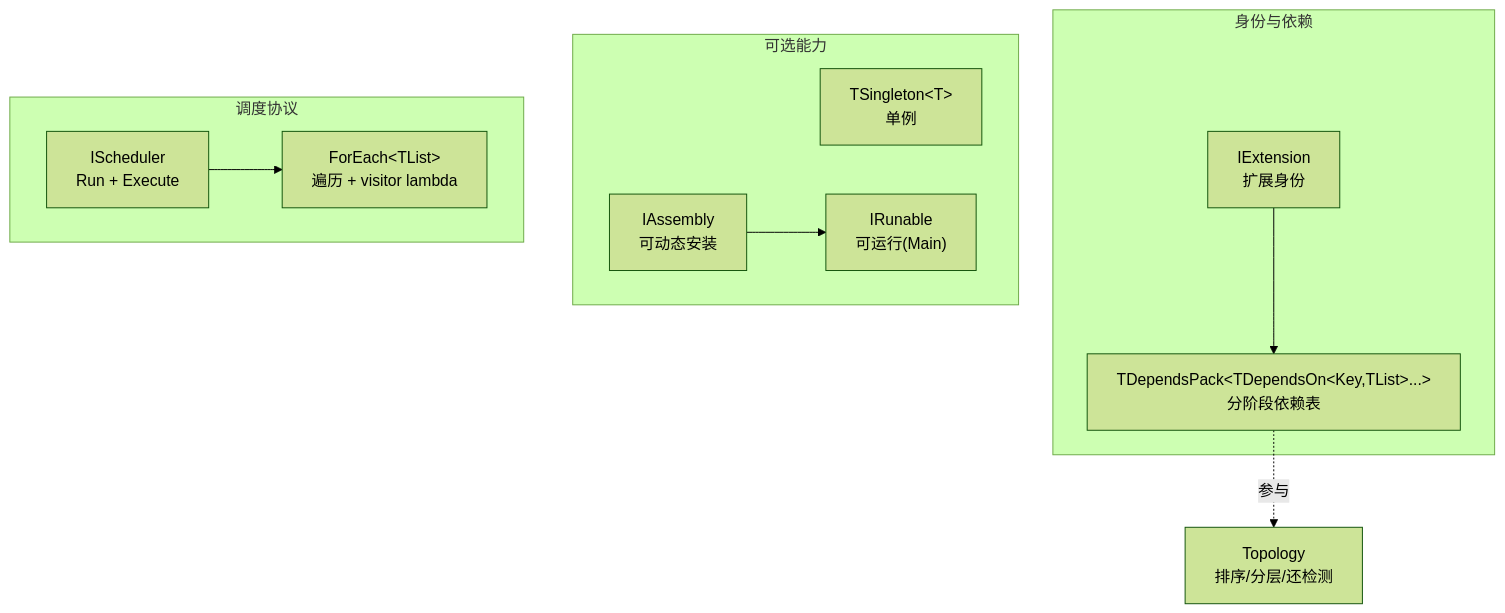
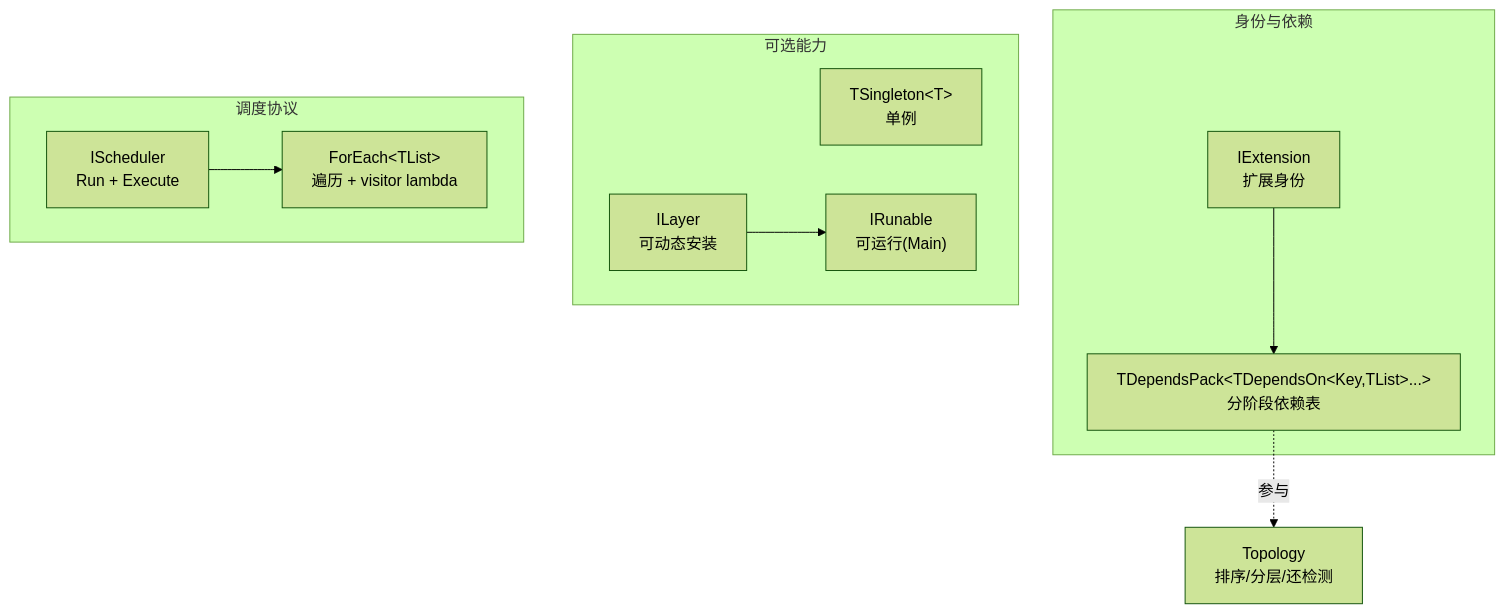
Before and after one commit to InputWindy/Hiyajo: the diagram in Source/Public/Core/CoreDoc.md, drawn with Mermaid (forest theme). The commit also changed other lines of this file and 9 other files, not shown here.

Commit message:
Rename IAssembly → ILayer (assembly IS a layer)

````diff
--- a/Source/Public/Core/CoreDoc.md
+++ b/Source/Public/Core/CoreDoc.md
@@ -79,24 +79,24 @@
 ```mermaid
 graph TD
     subgraph 身份与依赖
         IExtension["IExtension<br/>扩展身份"]
         DependsPack["TDependsPack&lt;TDependsOn&lt;Key,TList&gt;...&gt;<br/>分阶段依赖表"]
         IExtension --> DependsPack
     end
 
     subgraph 可选能力
         TSingleton["TSingleton&lt;T&gt;<br/>单例"]
         IRunable["IRunable<br/>可运行(Main)"]
-        IAssembly["IAssembly<br/>可动态安装"]
-        IAssembly --> IRunable
+        ILayer["ILayer<br/>可动态安装"]
+        ILayer --> IRunable
     end
 
     subgraph 调度协议
         IScheduler["IScheduler<br/>Run + Execute"]
         ForEach["ForEach&lt;TList&gt;<br/>遍历 + visitor lambda"]
         IScheduler --> ForEach
     end
 
     DependsPack -.参与.-> Topology
     Topology["Topology<br/>排序/分层/还检测"]
 ```
````
